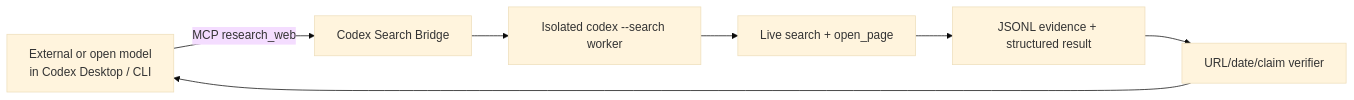
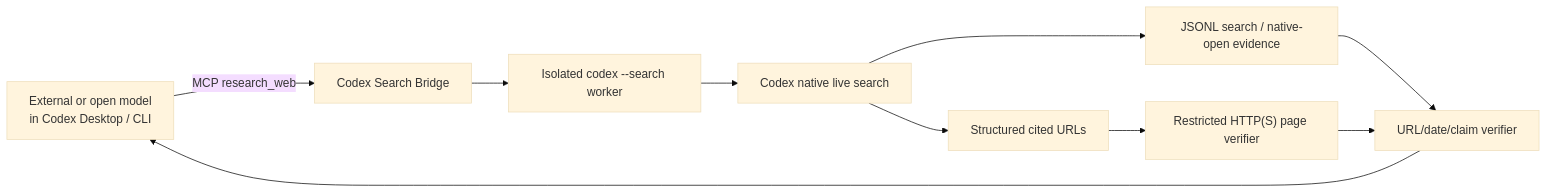
Before and after one commit to Zhao73/codex-search-bridge: the diagram in README.md, drawn with Mermaid (base theme). The commit also changed other lines of this file and 11 other files, not shown here.

Commit message:
docs: record live evidence and model compatibility

````diff
--- a/README.md
+++ b/README.md
@@ -28,9 +30,12 @@
 ```mermaid
 flowchart LR
     A["External or open model<br/>in Codex Desktop / CLI"] -->|"MCP research_web"| B["Codex Search Bridge"]
     B --> C["Isolated codex --search worker"]
-    C --> D["Live search + open_page"]
-    D --> E["JSONL evidence + structured result"]
+    C --> D["Codex native live search"]
+    D --> E["JSONL search / native-open evidence"]
+    D --> G["Structured cited URLs"]
+    G --> H["Restricted HTTP(S) page verifier"]
     E --> F["URL/date/claim verifier"]
+    H --> F
     F --> A
 ```
````
